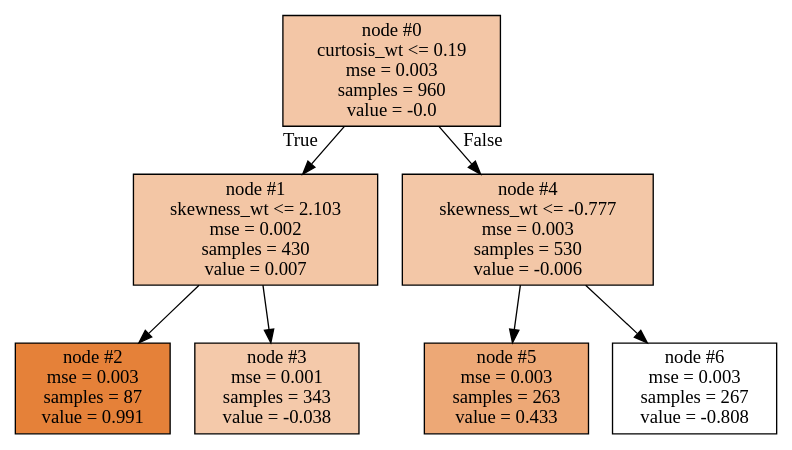
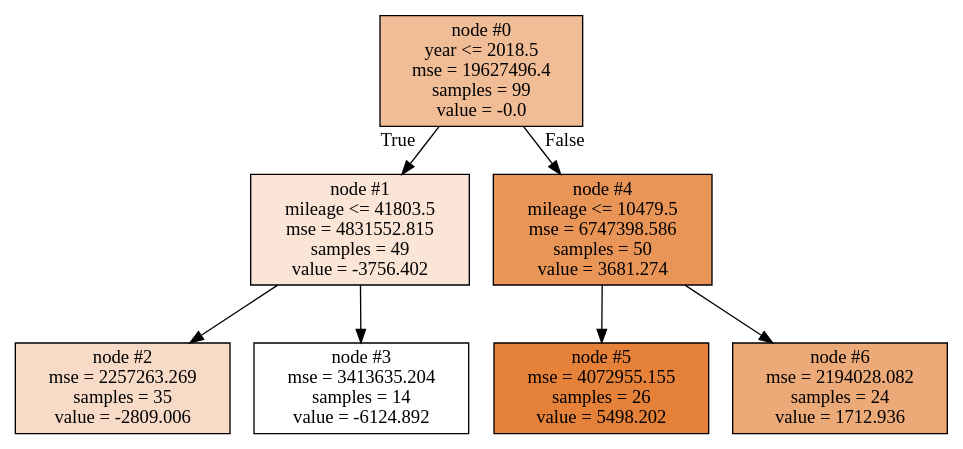
One commit to xs-abzal/Blogs_stat_examples changed the diagram in mytree.dot. Above: the diagram before and after it, drawn with Graphviz. The commit also changed 5 other files, not shown here.

```diff
--- a/mytree.dot
+++ b/mytree.dot
@@ -1,20 +1,20 @@
 digraph Tree {
 node [shape=box, style="filled", color="black"] ;
 graph [ranksep=equally, splines=polyline] ;
-0 [label="node #0\ncurtosis_wt <= 0.19\nmse = 0.003\nsamples = 960\nvalue = -0.0", fillcolor="#f3c6a6"] ;
-1 [label="node #1\nskewness_wt <= 2.103\nmse = 0.002\nsamples = 430\nvalue = 0.007", fillcolor="#f3c6a5"] ;
+0 [label="node #0\nyear <= 2018.5\nmse = 19627496.4\nsamples = 99\nvalue = -0.0", fillcolor="#f1bd97"] ;
+1 [label="node #1\nmileage <= 41803.5\nmse = 4831552.815\nsamples = 49\nvalue = -3756.402", fillcolor="#fae5d7"] ;
 0 -> 1 [labeldistance=2.5, labelangle=45, headlabel="True"] ;
-2 [label="node #2\nmse = 0.003\nsamples = 87\nvalue = 0.991", fillcolor="#e58139"] ;
+2 [label="node #2\nmse = 2257263.269\nsamples = 35\nvalue = -2809.006", fillcolor="#f8dbc7"] ;
 1 -> 2 ;
-3 [label="node #3\nmse = 0.001\nsamples = 343\nvalue = -0.038", fillcolor="#f4c9aa"] ;
+3 [label="node #3\nmse = 3413635.204\nsamples = 14\nvalue = -6124.892", fillcolor="#ffffff"] ;
 1 -> 3 ;
-4 [label="node #4\nskewness_wt <= -0.777\nmse = 0.003\nsamples = 530\nvalue = -0.006", fillcolor="#f3c7a7"] ;
+4 [label="node #4\nmileage <= 10479.5\nmse = 6747398.586\nsamples = 50\nvalue = 3681.274", fillcolor="#e99558"] ;
 0 -> 4 [labeldistance=2.5, labelangle=-45, headlabel="False"] ;
-5 [label="node #5\nmse = 0.003\nsamples = 263\nvalue = 0.433", fillcolor="#eda876"] ;
+5 [label="node #5\nmse = 4072955.155\nsamples = 26\nvalue = 5498.202", fillcolor="#e58139"] ;
 4 -> 5 ;
-6 [label="node #6\nmse = 0.003\nsamples = 267\nvalue = -0.808", fillcolor="#ffffff"] ;
+6 [label="node #6\nmse = 2194028.082\nsamples = 24\nvalue = 1712.936", fillcolor="#edaa79"] ;
 4 -> 6 ;
 {rank=same ; 0} ;
 {rank=same ; 1; 4} ;
 {rank=same ; 2; 3; 5; 6} ;
 }
```
